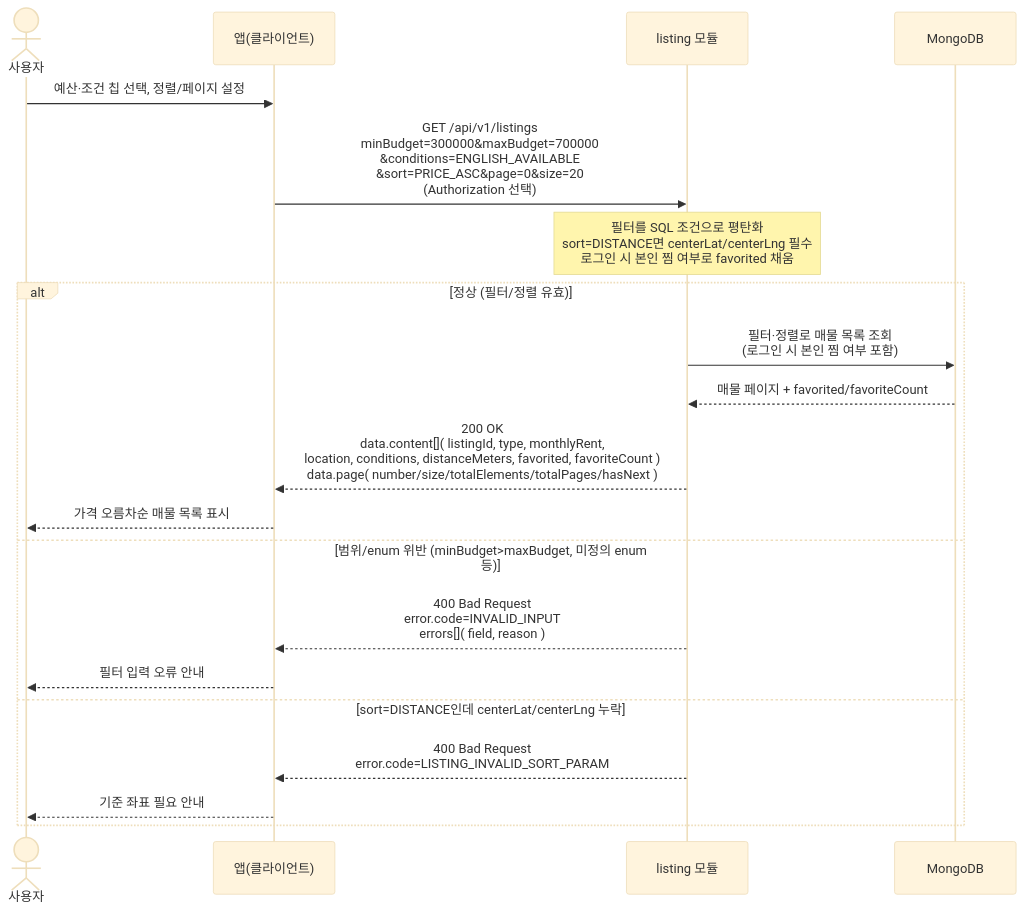
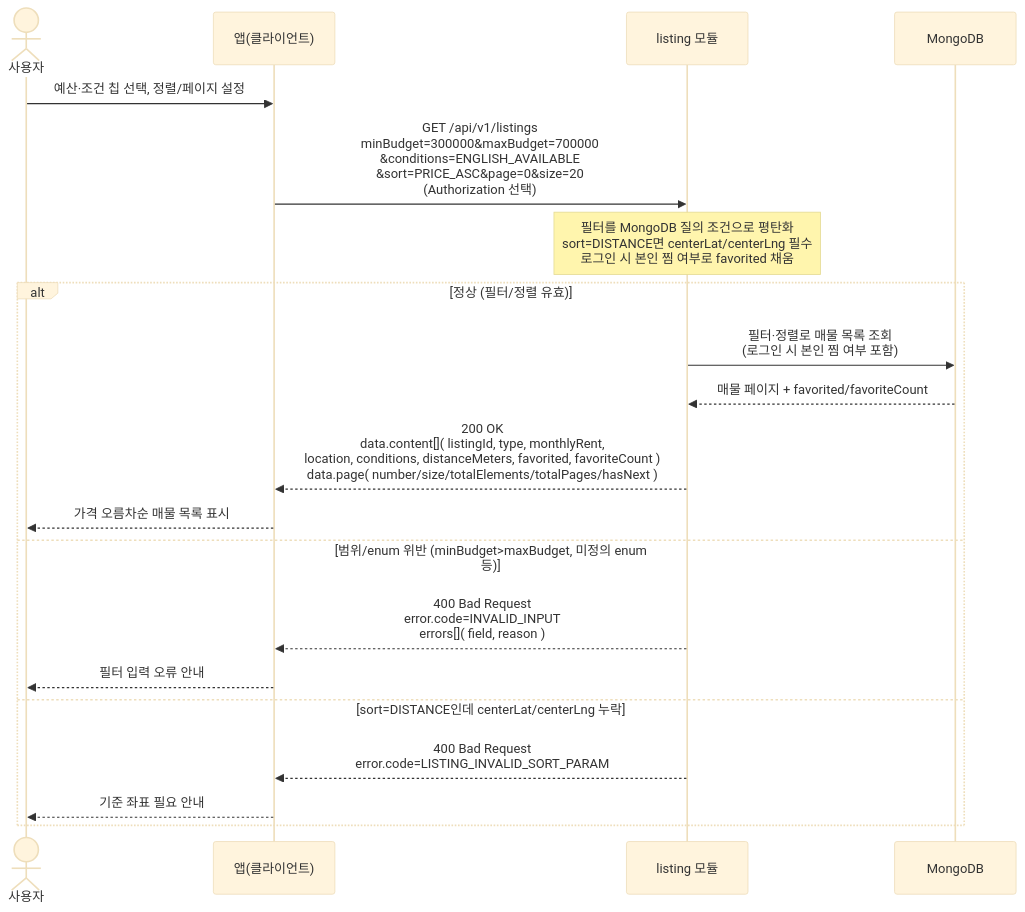
Before and after one commit to jameskim9509/Kohere-backend: the diagram in docs/architecture/sequence-diagrams/03-listings-favorites/us-3-1-listing-list-explore.md, drawn with Mermaid (base theme). The commit also changed 13 other files, not shown here.

````diff
--- a/docs/architecture/sequence-diagrams/03-listings-favorites/us-3-1-listing-list-explore.md
+++ b/docs/architecture/sequence-diagrams/03-listings-favorites/us-3-1-listing-list-explore.md
@@ -5,23 +5,23 @@
 ```mermaid
 sequenceDiagram
     actor U as 사용자
     participant C as 앱(클라이언트)
     participant LIST as listing 모듈
     participant DB as MongoDB
 
     U->>C: 예산·조건 칩 선택, 정렬/페이지 설정
     C->>LIST: GET /api/v1/listings<br/>minBudget=300000&maxBudget=700000<br/>&conditions=ENGLISH_AVAILABLE<br/>&sort=PRICE_ASC&page=0&size=20<br/>(Authorization 선택)
-    Note over LIST: 필터를 SQL 조건으로 평탄화<br/>sort=DISTANCE면 centerLat/centerLng 필수<br/>로그인 시 본인 찜 여부로 favorited 채움
+    Note over LIST: 필터를 MongoDB 질의 조건으로 평탄화<br/>sort=DISTANCE면 centerLat/centerLng 필수<br/>로그인 시 본인 찜 여부로 favorited 채움
     alt 정상 (필터/정렬 유효)
         LIST->>DB: 필터·정렬로 매물 목록 조회<br/>(로그인 시 본인 찜 여부 포함)
         DB-->>LIST: 매물 페이지 + favorited/favoriteCount
         LIST-->>C: 200 OK<br/>data.content[]( listingId, type, monthlyRent,<br/>location, conditions, distanceMeters, favorited, favoriteCount )<br/>data.page( number/size/totalElements/totalPages/hasNext )
         C-->>U: 가격 오름차순 매물 목록 표시
     else 범위/enum 위반 (minBudget>maxBudget, 미정의 enum 등)
         LIST-->>C: 400 Bad Request<br/>error.code=INVALID_INPUT<br/>errors[]( field, reason )
         C-->>U: 필터 입력 오류 안내
     else sort=DISTANCE인데 centerLat/centerLng 누락
         LIST-->>C: 400 Bad Request<br/>error.code=LISTING_INVALID_SORT_PARAM
         C-->>U: 기준 좌표 필요 안내
     end
 ```
````
